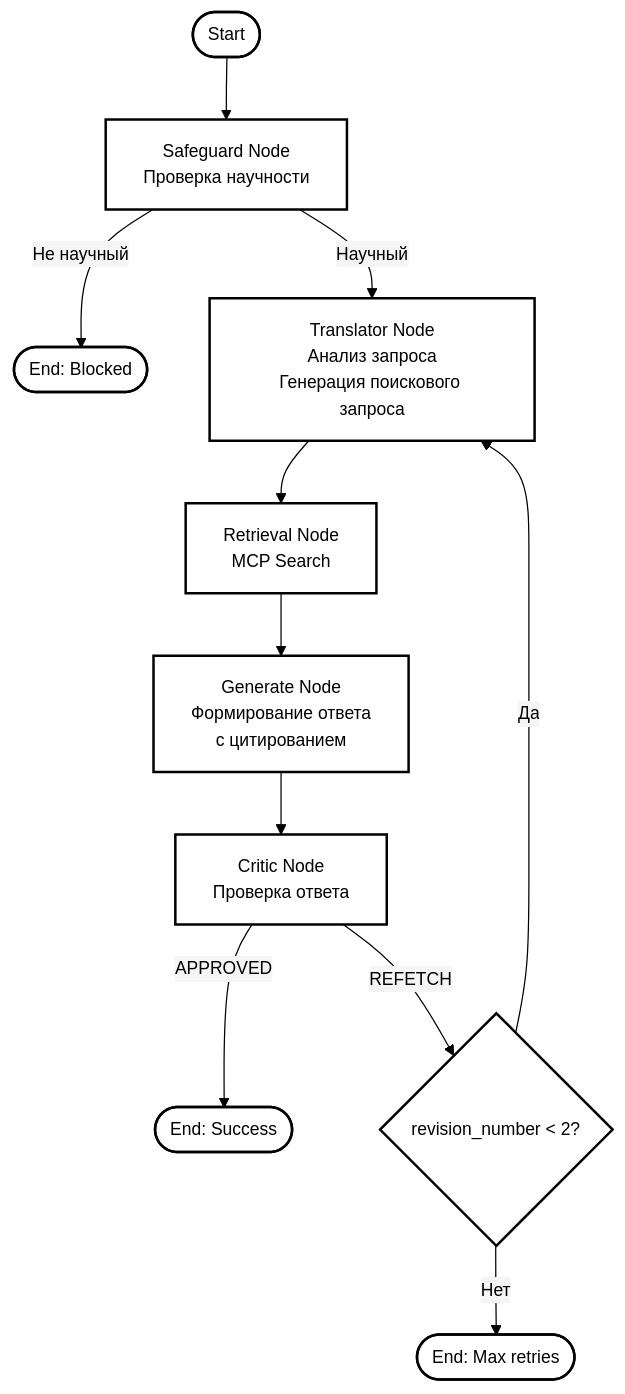
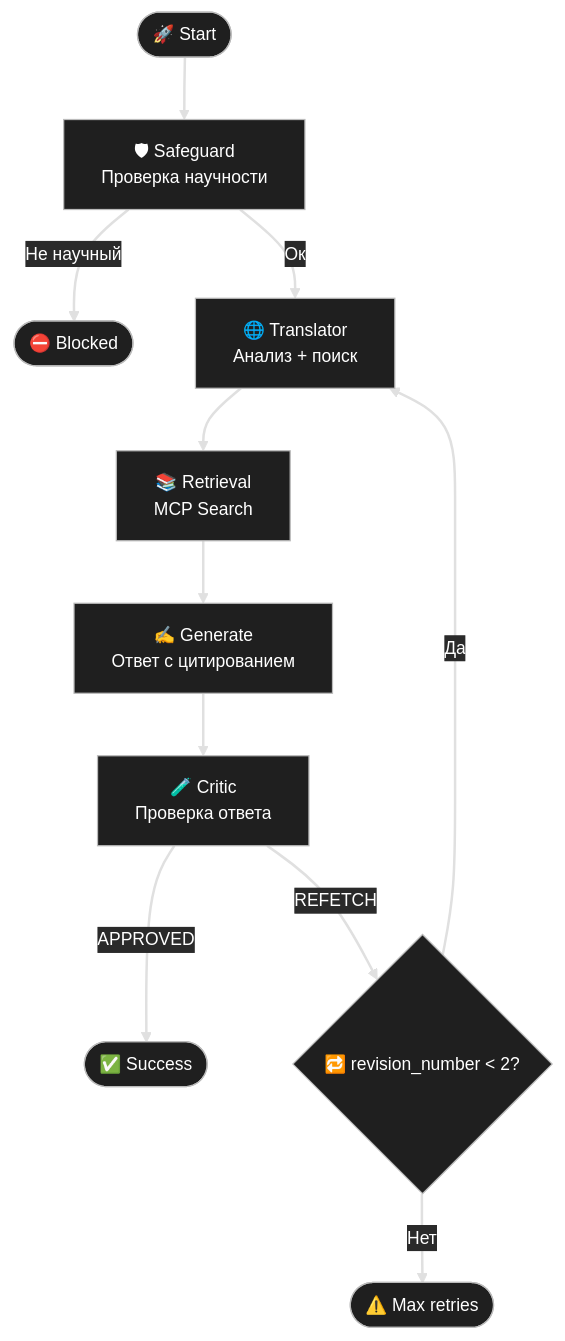
Before and after one commit to EugeneRomanov/agentic-rag-research-assistant: the diagram in docs/diagrams/workflow.md, drawn with Mermaid. The commit also changed 9 other files, not shown here.

Commit message:
docs: update diagrams and improve formatting

````diff
--- a/docs/diagrams/workflow.md
+++ b/docs/diagrams/workflow.md
@@ -1,42 +1,50 @@
 ```mermaid
 %%{init: {'theme': 'base', 'themeVariables': {
-  'background': '#ffffff',
-  'primaryColor': '#ffffff',
-  'primaryBorderColor': '#000000',
-  'primaryTextColor': '#000000',
-  'lineColor': '#000000',
-  'secondaryColor': '#f5f5f5',
-  'tertiaryColor': '#ffffff',
-  'fontFamily': 'arial',
+  'background': 'transparent',
+  'primaryColor': '#1f1f1f',
+  'primaryBorderColor': '#bbbbbb',
+  'primaryTextColor': '#ffffff',
+  'secondaryColor': '#2a2a2a',
+  'tertiaryColor': '#2a2a2a',
+  'lineColor': '#e0e0e0',
+  'fontFamily': 'Inter, Arial',
   'fontSize': '14px'
 }}}%%
 
-graph TD
-    Start([Start]) --> Safeguard[Safeguard Node<br/>Проверка научности]
-    
-    Safeguard -->|Не научный| End1([End: Blocked])
-    Safeguard -->|Научный| Translator[Translator Node<br/>Анализ запроса<br/>Генерация поискового запроса]
-    
-    Translator --> Retrieval[Retrieval Node<br/>MCP Search]
-    
-    Retrieval --> Generate[Generate Node<br/>Формирование ответа<br/>с цитированием]
-    
-    Generate --> Critic[Critic Node<br/>Проверка ответа]
-    
-    Critic -->|APPROVED| End2([End: Success])
-    Critic -->|REFETCH| CheckTurn{revision_number < 2?}
-    
+flowchart TD
+
+    %% === Start ===
+    Start([🚀 Start])
+
+    %% === Core Flow ===
+    Safeguard[🛡 Safeguard<br/>Проверка научности]
+    Translator[🌐 Translator<br/>Анализ + поиск]
+    Retrieval[📚 Retrieval<br/>MCP Search]
+    Generate[✍️ Generate<br/>Ответ с цитированием]
+    Critic[🧪 Critic<br/>Проверка ответа]
+
+    %% === Decisions ===
+    CheckTurn{🔁 revision_number < 2?}
+
+    %% === End States ===
+    EndBlocked([⛔ Blocked])
+    EndSuccess([✅ Success])
+    EndRetry([⚠️ Max retries])
+
+    %% === Flow ===
+    Start --> Safeguard
+
+    Safeguard -->|Не научный| EndBlocked
+    Safeguard -->|Ок| Translator
+
+    Translator --> Retrieval --> Generate --> Critic
+
+    Critic -->|APPROVED| EndSuccess
+    Critic -->|REFETCH| CheckTurn
+
     CheckTurn -->|Да| Translator
-    CheckTurn -->|Нет| End3([End: Max retries])
-    
-    style Start fill:#ffffff,stroke:#000000,stroke-width:2px,color:#000000
-    style Safeguard fill:#ffffff,stroke:#000000,stroke-width:2px,color:#000000
-    style Translator fill:#ffffff,stroke:#000000,stroke-width:2px,color:#000000
-    style Retrieval fill:#ffffff,stroke:#000000,stroke-width:2px,color:#000000
-    style Generate fill:#ffffff,stroke:#000000,stroke-width:2px,color:#000000
-    style Critic fill:#ffffff,stroke:#000000,stroke-width:2px,color:#000000
-    style CheckTurn fill:#ffffff,stroke:#000000,stroke-width:2px,color:#000000
-    style End1 fill:#ffffff,stroke:#000000,stroke-width:2px,color:#000000
-    style End2 fill:#ffffff,stroke:#000000,stroke-width:2px,color:#000000
-    style End3 fill:#ffffff,stroke:#000000,stroke-width:2px,color:#000000
+    CheckTurn -->|Нет| EndRetry
+
+    %% === Visibility fix ===
+    linkStyle default stroke:#e0e0e0,stroke-width:2px
 ```
````
